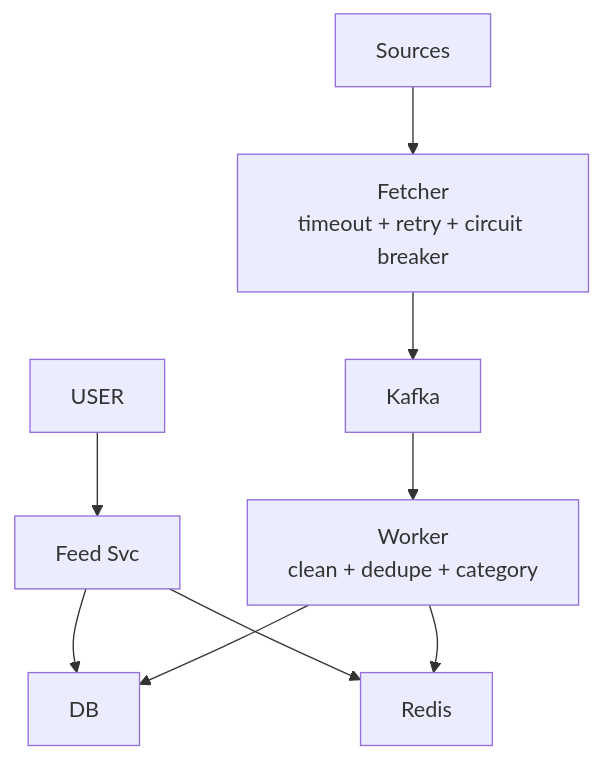
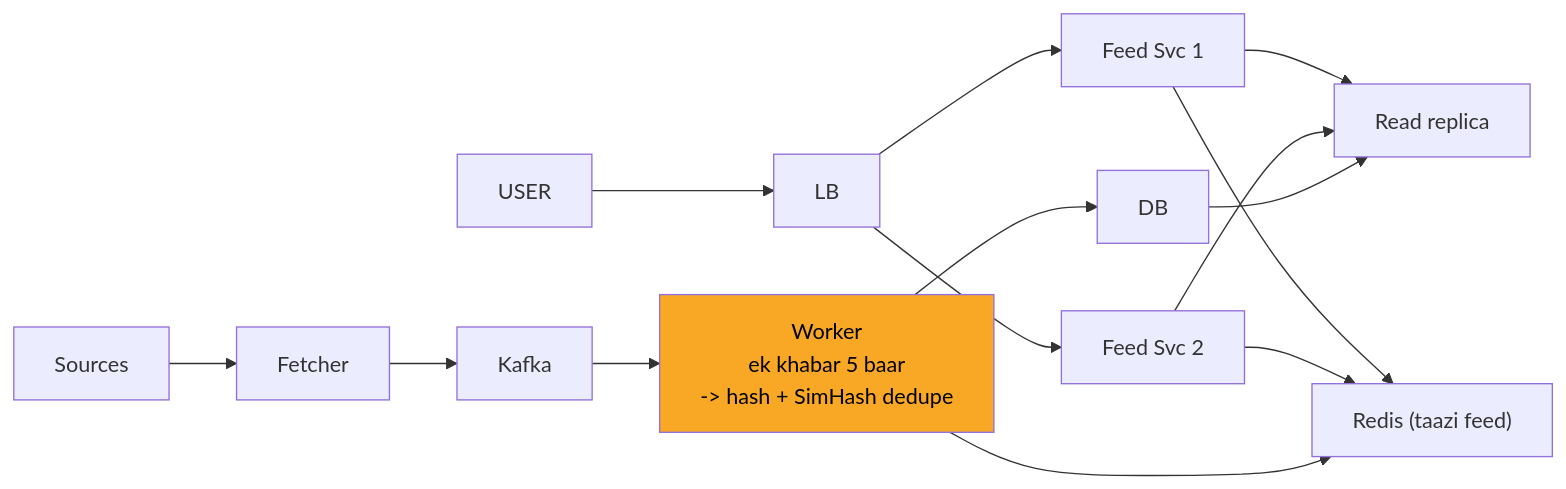
One commit to ArpanMaheshwari144/Prep changed the fifth of 11 diagrams in 04_HLD/SYSTEM_DESIGNS/08_news_aggregator/08_news_aggregator_INTERVIEW.md. Above: the diagram before and after it, drawn with Mermaid. The commit also changed other lines of this file and 2 other files, not shown here.

Commit message:
news, bookmyshow, cache: one-day story, short cards, follow-ups with rules, highlighted diagrams

````diff
--- a/04_HLD/SYSTEM_DESIGNS/08_news_aggregator/08_news_aggregator_INTERVIEW.md
+++ b/04_HLD/SYSTEM_DESIGNS/08_news_aggregator/08_news_aggregator_INTERVIEW.md
@@ -188,19 +196,28 @@
 ```mermaid
-flowchart TD
+flowchart LR
     n_USER["USER"]
-    n_Feed_Svc["Feed Svc"]
-    n_Redis["Redis"]
+    n_LB["LB"]
+    n_Feed_Svc_x_N_1["Feed Svc 1"]
+    n_Feed_Svc_x_N_2["Feed Svc 2"]
+    n_Redis["Redis (taazi feed)"]
+    n_Read_replica["Read replica"]
     n_DB["DB"]
-    n_Worker["Worker<br/>clean + dedupe + category"]
+    n_Worker["Worker<br/>ek khabar 5 baar<br/>-> hash + SimHash dedupe"]
     n_Kafka["Kafka"]
-    n_Fetcher["Fetcher<br/>timeout + retry + circuit breaker"]
+    n_Fetcher["Fetcher"]
     n_Sources["Sources"]
-    n_USER --> n_Feed_Svc
-    n_Feed_Svc --> n_Redis
-    n_Feed_Svc --> n_DB
+    n_USER --> n_LB
+    n_LB --> n_Feed_Svc_x_N_1
+    n_LB --> n_Feed_Svc_x_N_2
+    n_Feed_Svc_x_N_1 --> n_Redis
+    n_Feed_Svc_x_N_2 --> n_Redis
+    n_Feed_Svc_x_N_1 --> n_Read_replica
+    n_Feed_Svc_x_N_2 --> n_Read_replica
+    n_DB --> n_Read_replica
     n_Worker --> n_DB
     n_Worker --> n_Redis
     n_Kafka --> n_Worker
     n_Fetcher --> n_Kafka
     n_Sources --> n_Fetcher
+    style n_Worker fill:#f9a825,color:#000
 ```
````
